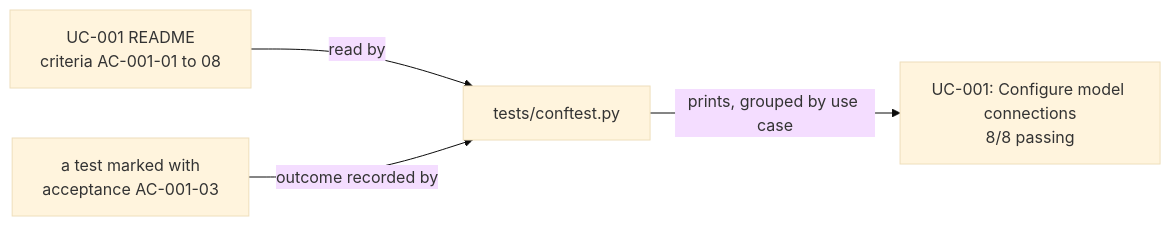
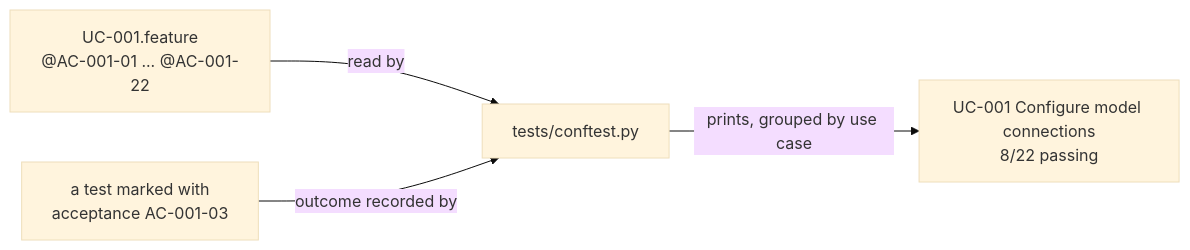
The third of 3 diagrams in learning/codealongs/02-openai-connector-package.md (Thommans-Playground/JudgeLab), drawn with Mermaid (base theme) before and after one commit. The commit also changed other lines of this file and 5 other files, not shown here.

First line of the commit message:
learn: sync codealongs with feature-file criteria and comment rules

````diff
--- a/learning/codealongs/02-openai-connector-package.md
+++ b/learning/codealongs/02-openai-connector-package.md
@@ -529,6 +529,6 @@
 ```mermaid
 flowchart LR
-    UC["UC-001 README<br/>criteria AC-001-01 to 08"] -->|"read by"| CF["tests/conftest.py"]
+    UC["UC-001.feature<br/>@AC-001-01 ... @AC-001-22"] -->|"read by"| CF["tests/conftest.py"]
     T["a test marked with<br/>acceptance AC-001-03"] -->|"outcome recorded by"| CF
-    CF -->|"prints, grouped by use case"| TABLE["UC-001: Configure model connections<br/>8/8 passing"]
+    CF -->|"prints, grouped by use case"| TABLE["UC-001 Configure model connections<br/>8/22 passing"]
 ```
````
